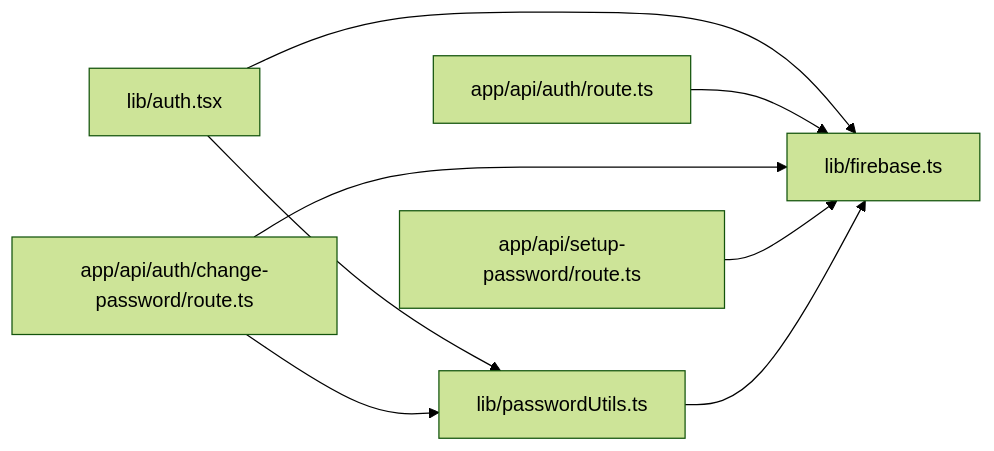
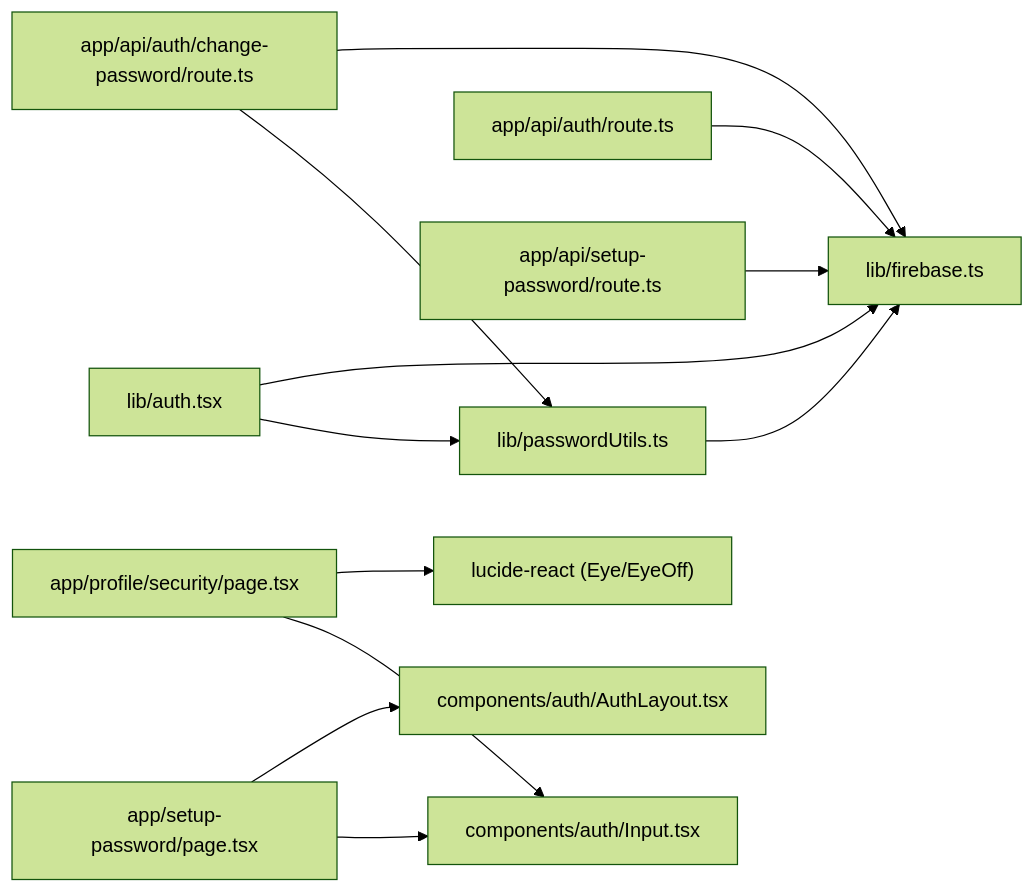
Before and after one commit to Unsure-bry/sampacoop_system: the tenth of 10 diagrams in .qoder/repowiki/en/content/Authentication & Authorization System/Password Security & Management.md, drawn with Mermaid (forest theme). The commit also changed other lines of this file and 1 other file, not shown here.

Commit message:
addition for eye icon on the set up password to user

````diff
--- a/.qoder/repowiki/en/content/Authentication & Authorization System/Password Security & Management.md
+++ b/.qoder/repowiki/en/content/Authentication & Authorization System/Password Security & Management.md
@@ -289,10 +372,14 @@
 ```mermaid
 graph LR
 Auth["lib/auth.tsx"] --> PWU["lib/passwordUtils.ts"]
 Auth --> FB["lib/firebase.ts"]
 LoginAPI["app/api/auth/route.ts"] --> FB
 ChangeAPI["app/api/auth/change-password/route.ts"] --> PWU
 ChangeAPI --> FB
 SetupAPI["app/api/setup-password/route.ts"] --> FB
 PWU --> FB
+SetupUI["app/setup-password/page.tsx"] --> InputComp["components/auth/Input.tsx"]
+SetupUI --> AuthLayout["components/auth/AuthLayout.tsx"]
+SecurityUI["app/profile/security/page.tsx"] --> InputComp
+SecurityUI --> EyeIcons["lucide-react (Eye/EyeOff)"]
 ```
````
